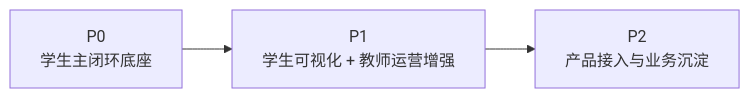
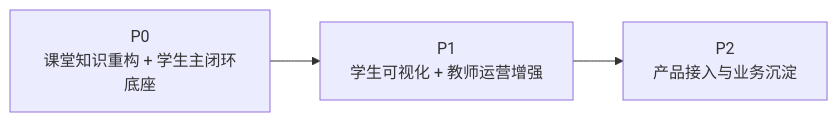
One commit to chenqsq/doc-showcase changed the second of 2 diagrams in doc/智能体文档/平台层/AI主导学习平台-产品总纲.md. Above: the diagram before and after it, drawn with Mermaid. The commit also changed other lines of this file and 27 other files, not shown here.

````diff
--- a/doc/智能体文档/平台层/AI主导学习平台-产品总纲.md
+++ b/doc/智能体文档/平台层/AI主导学习平台-产品总纲.md
@@ -132,5 +157,5 @@
 ```mermaid
 flowchart LR
-    A["P0<br/>学生主闭环底座"] --> B["P1<br/>学生可视化 + 教师运营增强"]
+    A["P0<br/>课堂知识重构 + 学生主闭环底座"] --> B["P1<br/>学生可视化 + 教师运营增强"]
     B --> C["P2<br/>产品接入与业务沉淀"]
 ```
````
